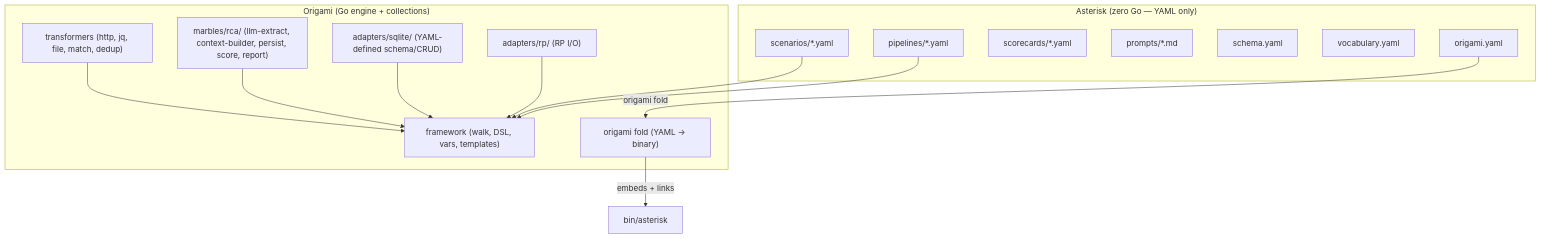
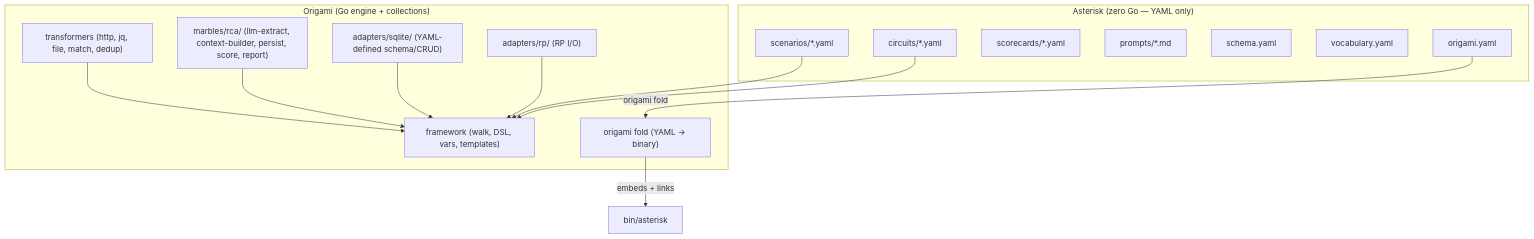
One commit to dpopsuev/asterisk changed the diagram in .cursor/contracts/current-goal.mdc. Above: the diagram before and after it, drawn with Mermaid. The commit also changed other lines of this file and 184 other files, not shown here.

````diff
--- a/.cursor/contracts/current-goal.mdc
+++ b/.cursor/contracts/current-goal.mdc
@@ -88,28 +84,28 @@
 ```mermaid
 flowchart TB
   subgraph asterisk ["Asterisk (zero Go — YAML only)"]
-    pipelines["pipelines/*.yaml"]
+    circuits["circuits/*.yaml"]
     scenarios["scenarios/*.yaml"]
     scorecards["scorecards/*.yaml"]
     prompts["prompts/*.md"]
     schema["schema.yaml"]
     vocab["vocabulary.yaml"]
     manifest["origami.yaml"]
   end
   subgraph origami ["Origami (Go engine + collections)"]
     engine["framework (walk, DSL, vars, templates)"]
     rpAdapter["adapters/rp/ (RP I/O)"]
     sqliteAdapter["adapters/sqlite/ (YAML-defined schema/CRUD)"]
     rcaMarbles["marbles/rca/ (llm-extract, context-builder, persist, score, report)"]
     fold["origami fold (YAML → binary)"]
     transformers["transformers (http, jq, file, match, dedup)"]
   end
   manifest -->|"origami fold"| fold
   fold -->|"embeds + links"| binary["bin/asterisk"]
-  pipelines --> engine
+  circuits --> engine
   scenarios --> engine
   rpAdapter --> engine
   sqliteAdapter --> engine
   rcaMarbles --> engine
   transformers --> engine
 ```
````
